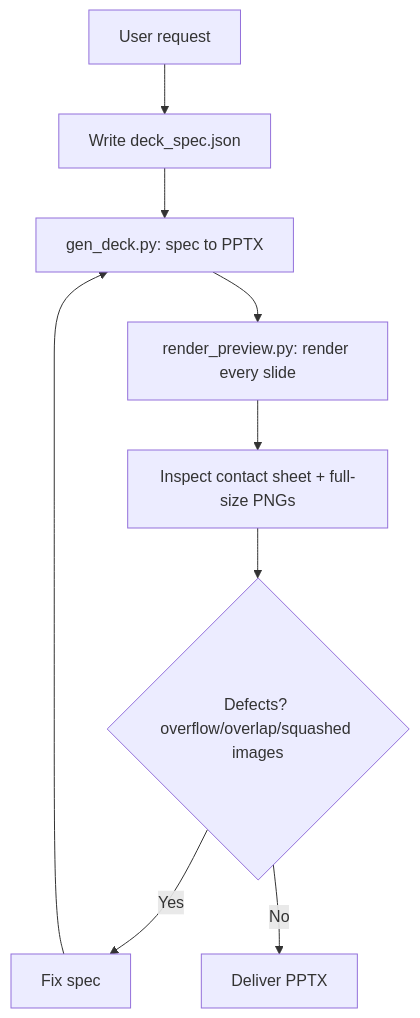
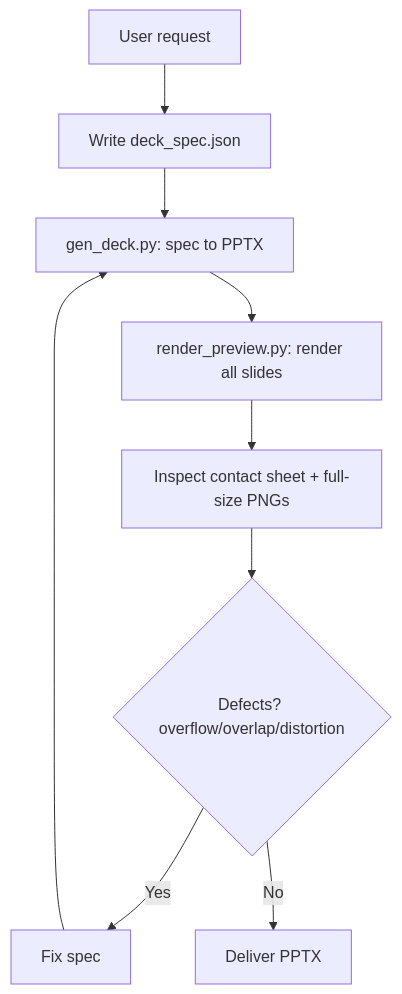
The first of 2 diagrams in wiki/en/slide-kit-skill.md (baka3k/dev-kit), drawn with Mermaid before and after one commit. The commit also changed other lines of this file and 8 other files, not shown here.

````diff
--- a/wiki/en/slide-kit-skill.md
+++ b/wiki/en/slide-kit-skill.md
@@ -29,11 +27,11 @@
 ```mermaid
 flowchart TD
     A[User request] --> B[Write deck_spec.json]
     B --> C[gen_deck.py: spec to PPTX]
-    C --> D[render_preview.py: render every slide]
+    C --> D[render_preview.py: render all slides]
     D --> E[Inspect contact sheet + full-size PNGs]
-    E --> F{Defects? overflow/overlap/squashed images}
+    E --> F{Defects? overflow/overlap/distortion}
     F -->|Yes| G[Fix spec]
     G --> C
     F -->|No| H[Deliver PPTX]
 ```
````
